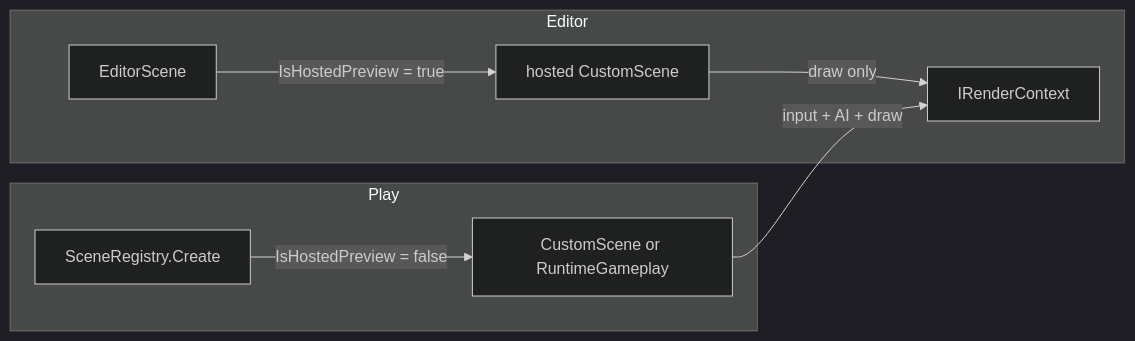
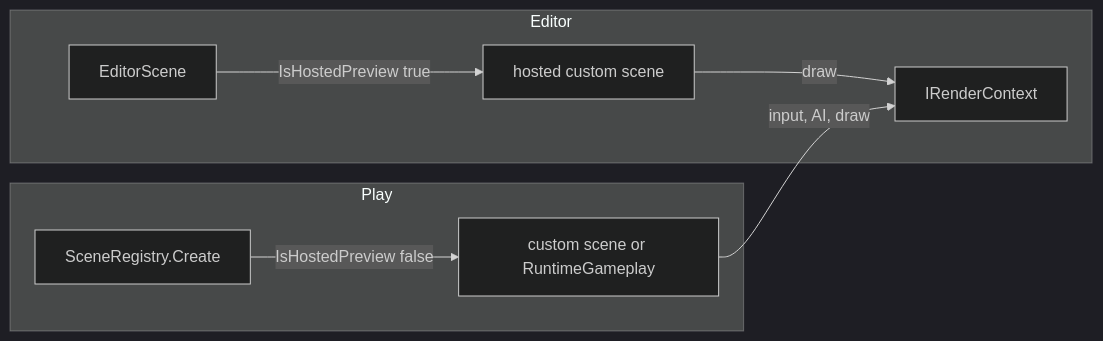
The fifth of 6 diagrams in docs/SCENES_AND_PROJECTS.md (ireakhavok/Castle), drawn with Mermaid before and after one commit. The commit also changed other lines of this file and 6 other files, not shown here.

````diff
--- a/docs/SCENES_AND_PROJECTS.md
+++ b/docs/SCENES_AND_PROJECTS.md
@@ -121,16 +116,16 @@
 ```mermaid
 %%{init: {'theme':'dark'}}%%
 flowchart LR
   subgraph Editor
     ES[EditorScene]
-    H[hosted CustomScene]
-    ES -->|"IsHostedPreview = true"| H
-    H -->|draw only| GPU[IRenderContext]
+    H[hosted custom scene]
+    ES -->|IsHostedPreview true| H
+    H -->|draw| GPU[IRenderContext]
   end
   subgraph PlayPath["Play"]
     P[SceneRegistry.Create]
-    G[CustomScene or RuntimeGameplay]
-    P -->|"IsHostedPreview = false"| G
-    G -->|input + AI + draw| GPU
+    G[custom scene or RuntimeGameplay]
+    P -->|IsHostedPreview false| G
+    G -->|input, AI, draw| GPU
   end
 ```
````
